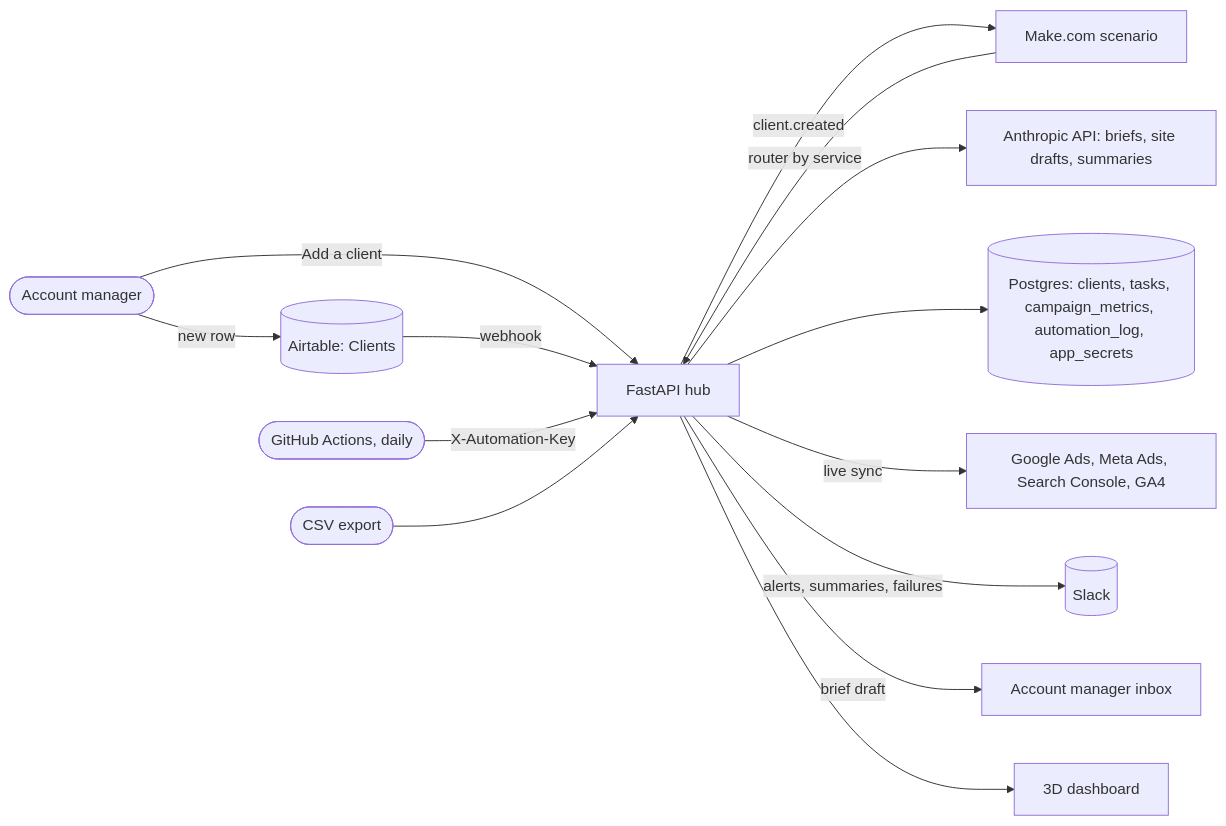
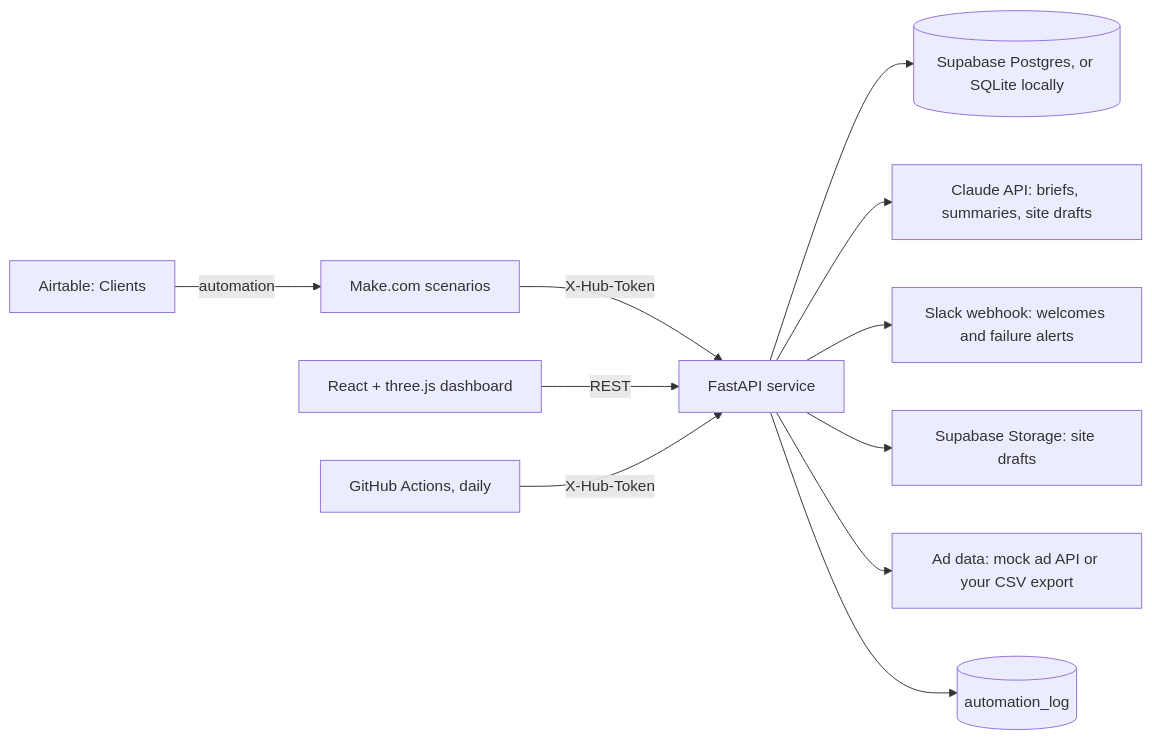
Before and after one commit to umer-78/ai-automation-demos: the diagram in demo-1-automation-hub/README.md, drawn with Mermaid. The commit also changed other lines of this file and 342 other files, not shown here.

````diff
--- a/demo-1-automation-hub/README.md
+++ b/demo-1-automation-hub/README.md
@@ -59,16 +25,13 @@
 ```mermaid
 flowchart LR
-    am([Account manager]) -- "new row" --> airtable[(Airtable: Clients)]
-    am -- "Add a client" --> hub[FastAPI hub]
-    airtable -- "webhook" --> hub
-    hub -- "client.created" --> make[Make.com scenario]
-    make -- "router by service" --> hub
-    hub --> claude["Anthropic API: briefs, site drafts, summaries"]
-    hub --> db[("Postgres: clients, tasks, campaign_metrics, automation_log, app_secrets")]
-    cron([GitHub Actions, daily]) -- "X-Automation-Key" --> hub
-    hub -- "live sync" --> ads["Google Ads, Meta Ads, Search Console, GA4"]
-    csv([CSV export]) --> hub
-    hub -- "alerts, summaries, failures" --> slack[(Slack)]
-    hub -- "brief draft" --> mail[Account manager inbox]
-    hub --> ui[3D dashboard]
+  AT[Airtable: Clients] -- automation --> MK[Make.com scenarios]
+  MK -- X-Hub-Token --> API
+  UI[React + three.js dashboard] -- REST --> API[FastAPI service]
+  CRON[GitHub Actions, daily] -- X-Hub-Token --> API
+  API --> DB[(Supabase Postgres, or SQLite locally)]
+  API --> CL[Claude API: briefs, summaries, site drafts]
+  API --> SL[Slack webhook: welcomes and failure alerts]
+  API --> ST[Supabase Storage: site drafts]
+  API --> ADS[Ad data: mock ad API or your CSV export]
+  API --> LOG[(automation_log)]
 ```
````
